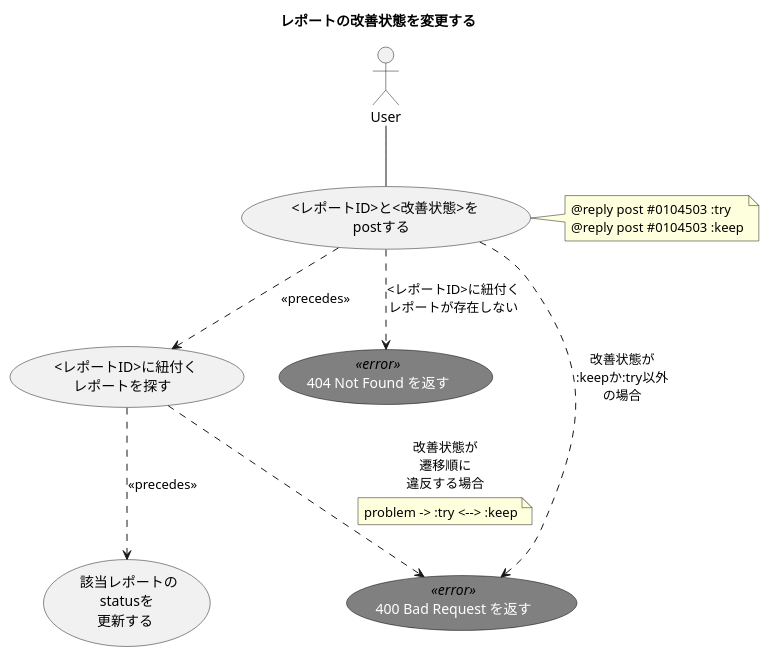
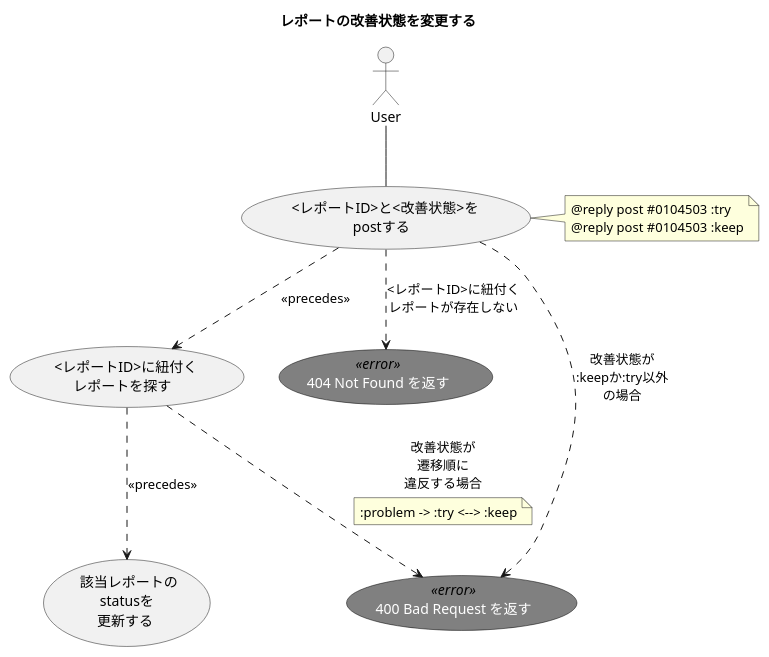
Before and after one commit to ito-masam/kpt-guard.doc: the diagram in 1.design/2.usecases/post-report-change-status.md, drawn with PlantUML.

Commit message:
ユースケースにレポートの改善状態を変更するを追加

```diff
--- a/1.design/2.usecases/post-report-change-status.md
+++ b/1.design/2.usecases/post-report-change-status.md
@@ -1,36 +1,36 @@
 @startuml
 
     ' ----------- meta
     title レポートの改善状態を変更する
 
     skinparam usecase {
       FontColor<<error>> white
       FontName<<error>> Verdana
       BackgroundColor<<error>> gray
       BorderColor<<error>> black
     }
 
     actor User
 
     ' ----------- main
     User -- ( <レポートID>と<改善状態>を\npostする )
     ( <レポートID>と<改善状態>を\npostする ) ..> ( <レポートID>に紐付く\nレポートを探す ) : << precedes >>
     ( <レポートID>に紐付く\nレポートを探す ) ..> ( 該当レポートの\nstatusを\n更新する ) : << precedes >>
 
     note right of ( <レポートID>と<改善状態>を\npostする )
       @reply post #0104503 :try
       @reply post #0104503 :keep
     end note
 
     ' ----------- alternative
     ( 404 Not Found を返す ) <<error>>
     ( <レポートID>と<改善状態>を\npostする ) ..> ( 404 Not Found を返す ) : <レポートID>に紐付く\nレポートが存在しない
 
     ( 400 Bad Request を返す ) <<error>>
     ( <レポートID>と<改善状態>を\npostする ) ..> ( 400 Bad Request を返す ) : 改善状態が\n:keepか:try以外\nの場合
     ( <レポートID>に紐付く\nレポートを探す ) ..> ( 400 Bad Request を返す ) : 改善状態が\n遷移順に\n違反する場合
     note on link
-      problem -> :try <--> :keep
+      :problem -> :try <--> :keep
     end note
 
 @enduml
```
